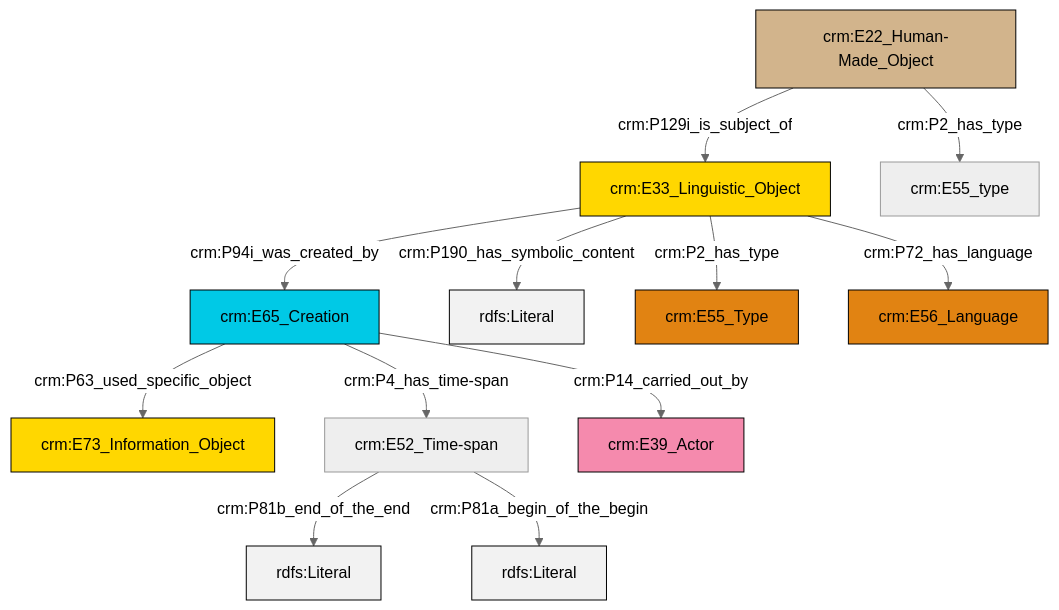
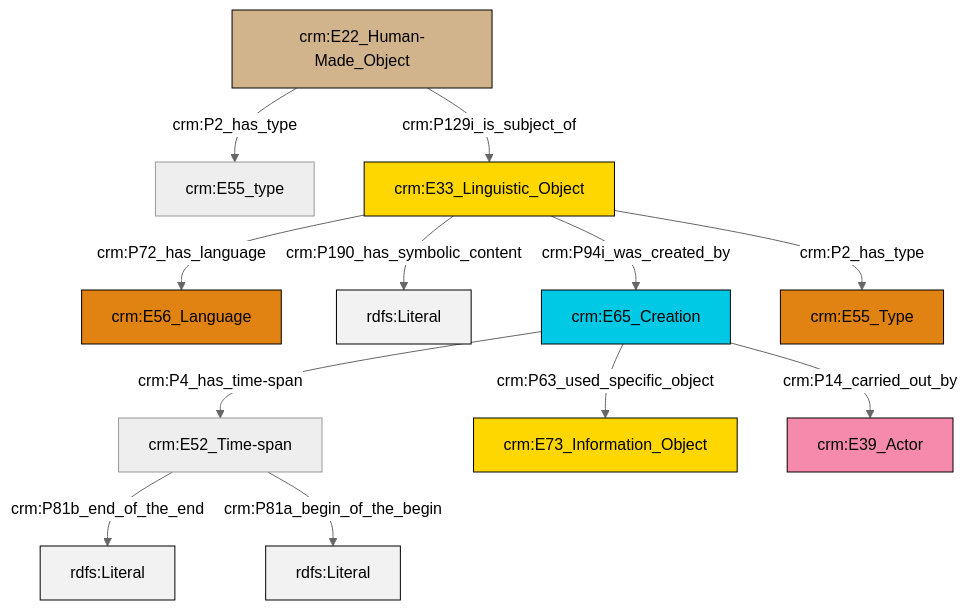
The diagram in et/artworkCSV/ttl/mmd/Artwork_Description.ttl.mmd (swiss-art-research-net/reference-data-models), drawn with Mermaid (neutral theme) before and after one commit. The commit also changed 125 other files, not shown here.

```diff
--- a/et/artworkCSV/ttl/mmd/Artwork_Description.ttl.mmd
+++ b/et/artworkCSV/ttl/mmd/Artwork_Description.ttl.mmd
@@ -1,26 +1,26 @@
 graph TD
 classDef Literal fill:#f2f2f2,stroke:#000000;
 classDef CRM_Entity fill:#FFFFFF,stroke:#000000;
 classDef Temporal_Entity fill:#00C9E6, stroke:#000000;
 classDef Type fill:#E18312, stroke:#000000;
 classDef Time-Span fill:#2C9C91, stroke:#000000;
 classDef Appellation fill:#FFEB7F, stroke:#000000;
 classDef Place fill:#008836, stroke:#000000;
 classDef Persistent_Item fill:#B266B2, stroke:#000000;
 classDef Conceptual_Object fill:#FFD700, stroke:#000000;
 classDef Physical_Thing fill:#D2B48C, stroke:#000000;
 classDef Actor fill:#f58aad, stroke:#000000;
 classDef PC_Classes fill:#4ce600, stroke:#000000;
 classDef Multi fill:#cccccc,stroke:#000000;
 
-0["crm:E65_Creation"]:::Temporal_Entity -->|crm:P63_used_specific_object| 1["crm:E73_Information_Object"]:::Conceptual_Object
-2["crm:E52_Time-span"]:::Default -->|crm:P81b_end_of_the_end| 3[rdfs:Literal]:::Literal
-5["crm:E33_Linguistic_Object"]:::Conceptual_Object -->|crm:P190_has_symbolic_content| 6[rdfs:Literal]:::Literal
-5["crm:E33_Linguistic_Object"]:::Conceptual_Object -->|crm:P94i_was_created_by| 0["crm:E65_Creation"]:::Temporal_Entity
-5["crm:E33_Linguistic_Object"]:::Conceptual_Object -->|crm:P2_has_type| 7["crm:E55_Type"]:::Type
-2["crm:E52_Time-span"]:::Default -->|crm:P81a_begin_of_the_begin| 12[rdfs:Literal]:::Literal
-5["crm:E33_Linguistic_Object"]:::Conceptual_Object -->|crm:P72_has_language| 9["crm:E56_Language"]:::Type
-0["crm:E65_Creation"]:::Temporal_Entity -->|crm:P14_carried_out_by| 13["crm:E39_Actor"]:::Actor
-0["crm:E65_Creation"]:::Temporal_Entity -->|crm:P4_has_time-span| 2["crm:E52_Time-span"]:::Default
-16["crm:E22_Human-Made_Object"]:::Physical_Thing -->|crm:P129i_is_subject_of| 5["crm:E33_Linguistic_Object"]:::Conceptual_Object
-16["crm:E22_Human-Made_Object"]:::Physical_Thing -->|crm:P2_has_type| 18["crm:E55_type"]:::Default
+0["crm:E52_Time-span"]:::Default -->|crm:P81b_end_of_the_end| 1[rdfs:Literal]:::Literal
+0["crm:E52_Time-span"]:::Default -->|crm:P81a_begin_of_the_begin| 2[rdfs:Literal]:::Literal
+7["crm:E22_Human-Made_Object"]:::Physical_Thing -->|crm:P129i_is_subject_of| 8["crm:E33_Linguistic_Object"]:::Conceptual_Object
+8["crm:E33_Linguistic_Object"]:::Conceptual_Object -->|crm:P72_has_language| 5["crm:E56_Language"]:::Type
+8["crm:E33_Linguistic_Object"]:::Conceptual_Object -->|crm:P190_has_symbolic_content| 10[rdfs:Literal]:::Literal
+7["crm:E22_Human-Made_Object"]:::Physical_Thing -->|crm:P2_has_type| 3["crm:E55_type"]:::Default
+12["crm:E65_Creation"]:::Temporal_Entity -->|crm:P63_used_specific_object| 13["crm:E73_Information_Object"]:::Conceptual_Object
+12["crm:E65_Creation"]:::Temporal_Entity -->|crm:P14_carried_out_by| 18["crm:E39_Actor"]:::Actor
+8["crm:E33_Linguistic_Object"]:::Conceptual_Object -->|crm:P94i_was_created_by| 12["crm:E65_Creation"]:::Temporal_Entity
+8["crm:E33_Linguistic_Object"]:::Conceptual_Object -->|crm:P2_has_type| 15["crm:E55_Type"]:::Type
+12["crm:E65_Creation"]:::Temporal_Entity -->|crm:P4_has_time-span| 0["crm:E52_Time-span"]:::Default
```
